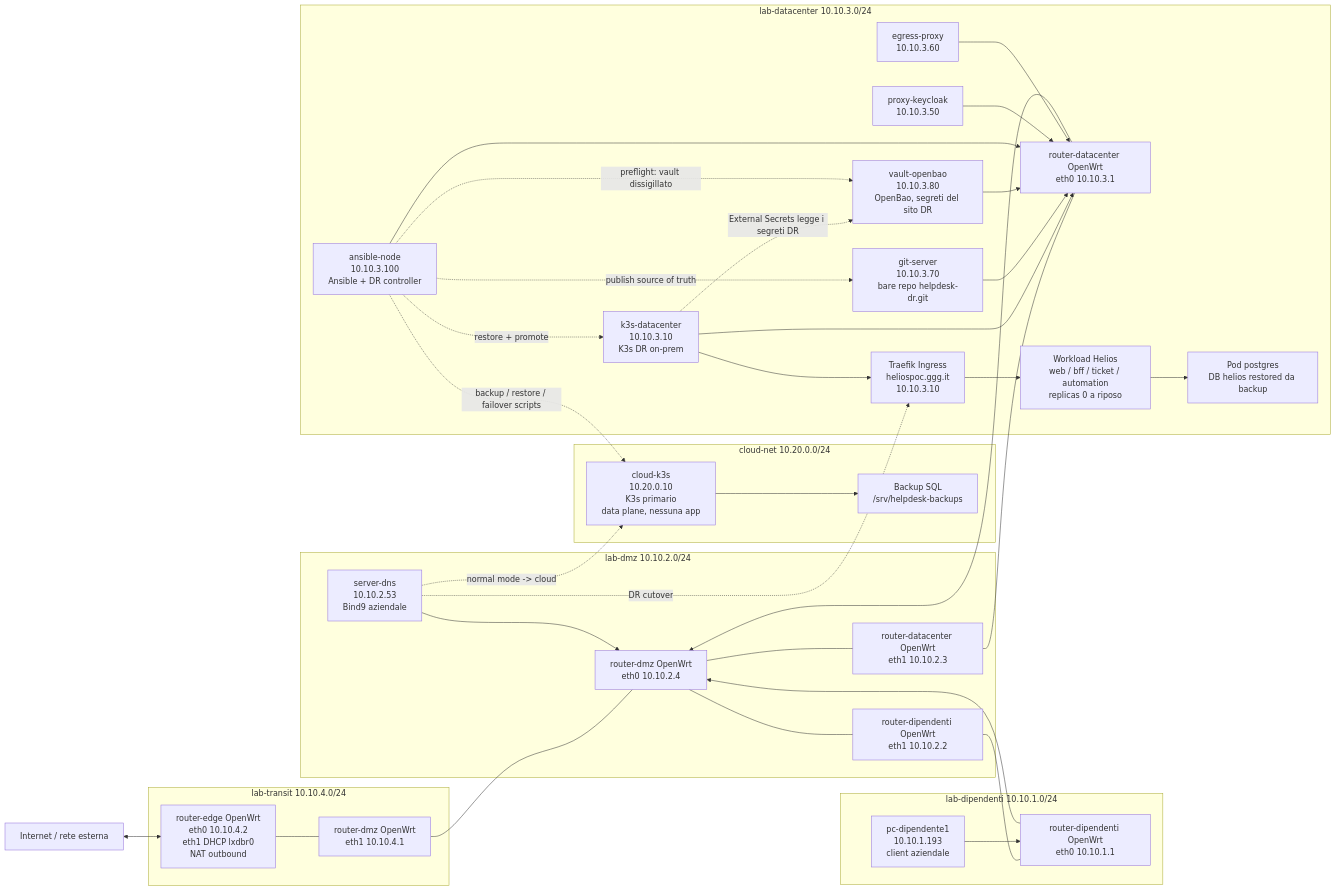
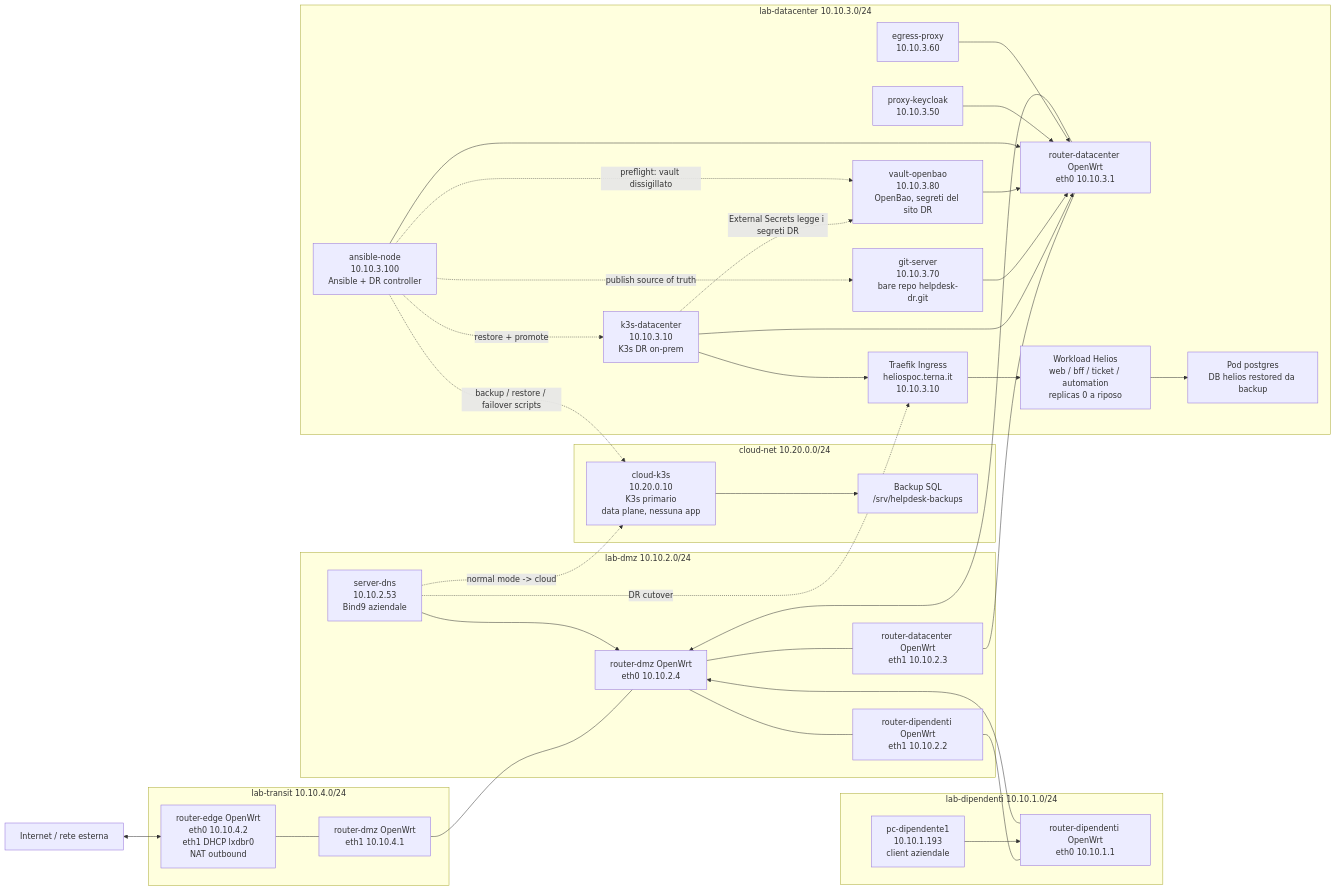
Before and after one commit to LucaCatalano23/MultiCloud-strategy---Reverse-DR: the first of 4 diagrams in automazione/topologia-progetto.md, drawn with Mermaid. The commit also changed other lines of this file and 24 other files, not shown here.

````diff
--- a/automazione/topologia-progetto.md
+++ b/automazione/topologia-progetto.md
@@ -9,70 +9,70 @@
 ```mermaid
 flowchart LR
   internet["Internet / rete esterna"]
 
   subgraph cloudnet["cloud-net 10.20.0.0/24"]
     cloudk3s["cloud-k3s\n10.20.0.10\nK3s primario\ndata plane, nessuna app"]
     cloudbackup["Backup SQL\n/srv/helpdesk-backups"]
     cloudk3s --> cloudbackup
   end
 
   subgraph transit["lab-transit 10.10.4.0/24"]
     redge["router-edge OpenWrt\neth0 10.10.4.2\neth1 DHCP lxdbr0\nNAT outbound"]
     rdmz_t["router-dmz OpenWrt\neth1 10.10.4.1"]
   end
 
   subgraph dmz["lab-dmz 10.10.2.0/24"]
     rdmz["router-dmz OpenWrt\neth0 10.10.2.4"]
     rdip_d["router-dipendenti OpenWrt\neth1 10.10.2.2"]
     rdc_d["router-datacenter OpenWrt\neth1 10.10.2.3"]
     dns["server-dns\n10.10.2.53\nBind9 aziendale"]
   end
 
   subgraph dip["lab-dipendenti 10.10.1.0/24"]
     rdip["router-dipendenti OpenWrt\neth0 10.10.1.1"]
     pc1["pc-dipendente1\n10.10.1.193\nclient aziendale"]
   end
 
   subgraph dc["lab-datacenter 10.10.3.0/24"]
     rdc["router-datacenter OpenWrt\neth0 10.10.3.1"]
     onpremk3s["k3s-datacenter\n10.10.3.10\nK3s DR on-prem"]
     keycloak["proxy-keycloak\n10.10.3.50"]
     egress["egress-proxy\n10.10.3.60"]
     git["git-server\n10.10.3.70\nbare repo helpdesk-dr.git"]
     vault["vault-openbao\n10.10.3.80\nOpenBao, segreti del sito DR"]
     ansible["ansible-node\n10.10.3.100\nAnsible + DR controller"]
-    onpreming["Traefik Ingress\nheliospoc.ggg.it\n10.10.3.10"]
+    onpreming["Traefik Ingress\nheliospoc.terna.it\n10.10.3.10"]
     onpremapp["Workload Helios\nweb / bff / ticket / automation\nreplicas 0 a riposo"]
     onprempg["Pod postgres\nDB helios restored da backup"]
     onpremk3s --> onpreming
     onpreming --> onpremapp
     onpremapp --> onprempg
   end
 
   internet <--> redge
   redge --- rdmz_t
   rdmz_t --- rdmz
   rdmz --- rdip_d
   rdmz --- rdc_d
   rdip_d --- rdip
   rdc_d --- rdc
 
   pc1 --> rdip
   rdip --> rdmz
   rdc --> rdmz
   onpremk3s --> rdc
   git --> rdc
   vault --> rdc
   ansible --> rdc
   keycloak --> rdc
   egress --> rdc
   dns --> rdmz
 
   onpremk3s -. "External Secrets legge i segreti DR" .-> vault
   ansible -. "publish source of truth" .-> git
   ansible -. "backup / restore / failover scripts" .-> cloudk3s
   ansible -. "restore + promote" .-> onpremk3s
   ansible -. "preflight: vault dissigillato" .-> vault
   dns -. "normal mode -> cloud" .-> cloudk3s
   dns -. "DR cutover" .-> onpreming
 ```
````
